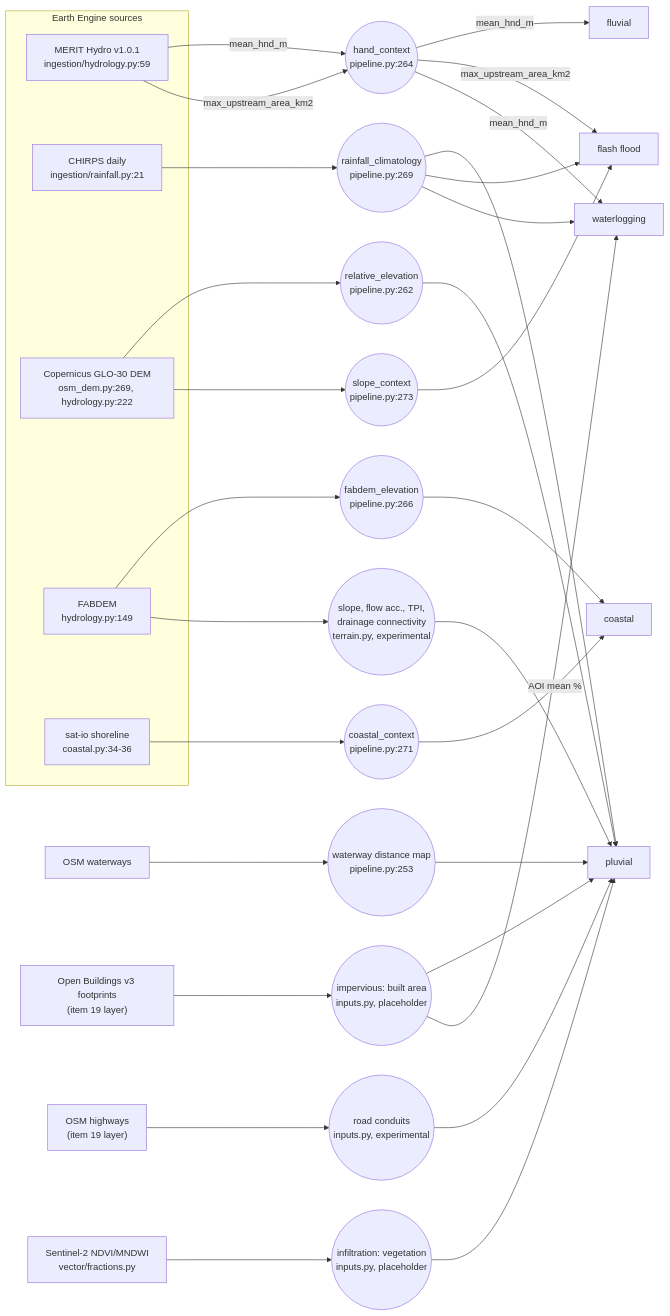
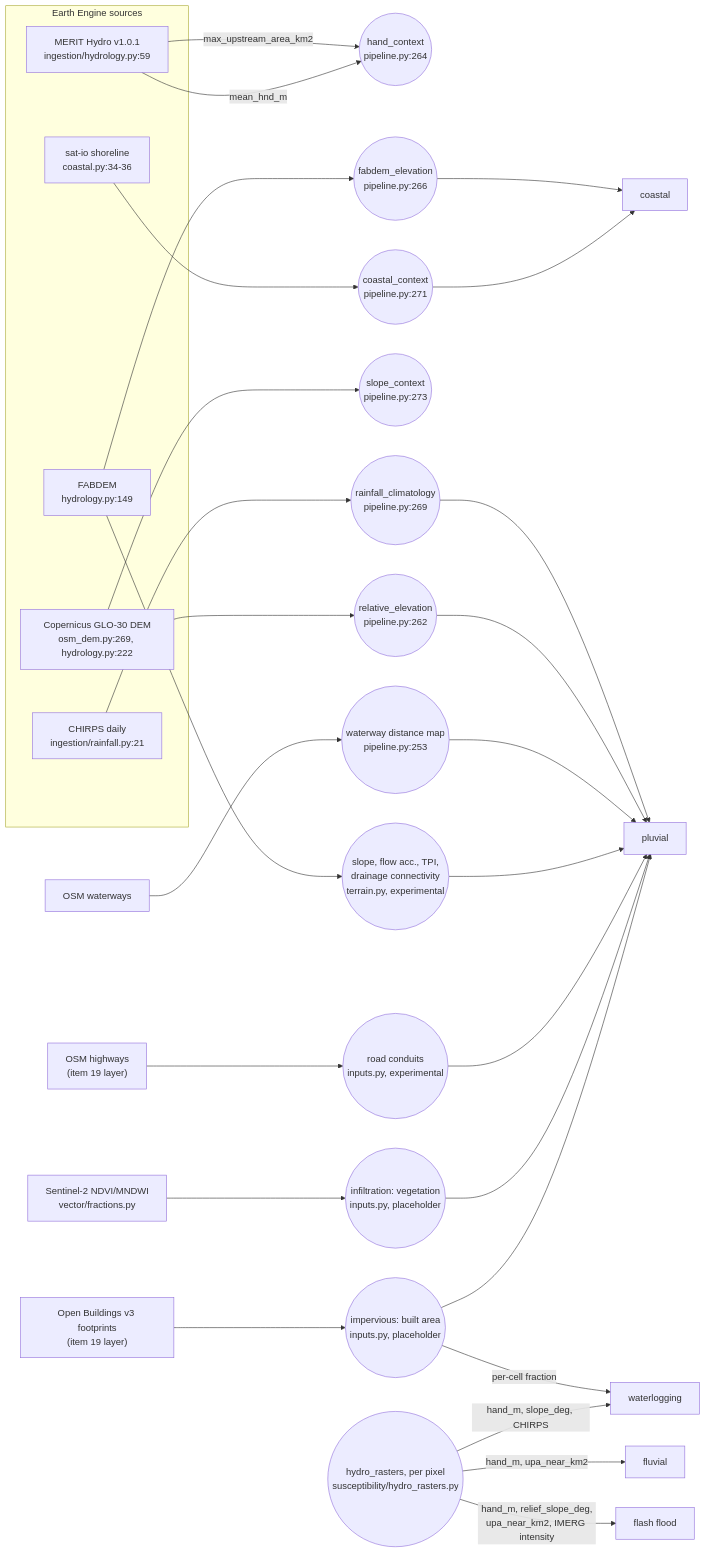
The diagram in docs/susceptibility_dag.md (KanveerMadan/Geowatch), drawn with Mermaid before and after one commit. The commit also changed other lines of this file and 17 other files, not shown here.

First line of the commit message:
Item 26: fluvial, flash flood and waterlogging as per-pixel rasters

````diff
--- a/docs/susceptibility_dag.md
+++ b/docs/susceptibility_dag.md
@@ -32,48 +41,46 @@
 ```mermaid
 flowchart LR
   subgraph EE["Earth Engine sources"]
     MERIT["MERIT Hydro v1.0.1<br/>ingestion/hydrology.py:59"]
     CHIRPS["CHIRPS daily<br/>ingestion/rainfall.py:21"]
     GLO30["Copernicus GLO-30 DEM<br/>osm_dem.py:269, hydrology.py:222"]
     FAB["FABDEM<br/>hydrology.py:149"]
     SHORE["sat-io shoreline<br/>coastal.py:34-36"]
   end
   OSMW["OSM waterways"]
   OB["Open Buildings v3 footprints<br/>(item 19 layer)"]
   OSMH["OSM highways<br/>(item 19 layer)"]
   S2["Sentinel-2 NDVI/MNDWI<br/>vector/fractions.py"]
 
   MERIT -->|"mean_hnd_m"| HAND((hand_context<br/>pipeline.py:264))
   MERIT -->|"max_upstream_area_km2"| HAND
   CHIRPS --> RAIN((rainfall_climatology<br/>pipeline.py:269))
   GLO30 --> RELEV((relative_elevation<br/>pipeline.py:262))
   GLO30 --> SLOPE((slope_context<br/>pipeline.py:273))
   FAB --> FABE((fabdem_elevation<br/>pipeline.py:266))
   SHORE --> COAST((coastal_context<br/>pipeline.py:271))
   OSMW --> WDIST((waterway distance map<br/>pipeline.py:253))
   OB --> BUILT((impervious: built area<br/>inputs.py, placeholder))
   S2 --> VEG((infiltration: vegetation<br/>inputs.py, placeholder))
   OSMH --> COND((road conduits<br/>inputs.py, experimental))
   FAB --> TERR((slope, flow acc., TPI,<br/>drainage connectivity<br/>terrain.py, experimental))
 
   BUILT --> PLU[pluvial]
   VEG --> PLU
   COND --> PLU
   TERR --> PLU
   WDIST --> PLU
   RELEV --> PLU
   RAIN --> PLU
 
-  HAND -->|mean_hnd_m| FLU[fluvial]
+  HR((hydro_rasters, per pixel<br/>susceptibility/hydro_rasters.py))
+  HR -->|hand_m, upa_near_km2| FLU[fluvial]
 
   COAST --> COA[coastal]
   FABE --> COA
 
-  SLOPE --> FF[flash flood]
-  HAND -->|max_upstream_area_km2| FF
-  RAIN --> FF
+  HR -->|hand_m, relief_slope_deg,<br/>upa_near_km2, IMERG intensity| FF[flash flood]
 
-  HAND -->|mean_hnd_m| WL[waterlogging]
-  BUILT -->|AOI mean %| WL
-  RAIN --> WL
+  HR -->|hand_m, slope_deg, CHIRPS| WL[waterlogging]
+  BUILT -->|per-cell fraction| WL
 ```
````
